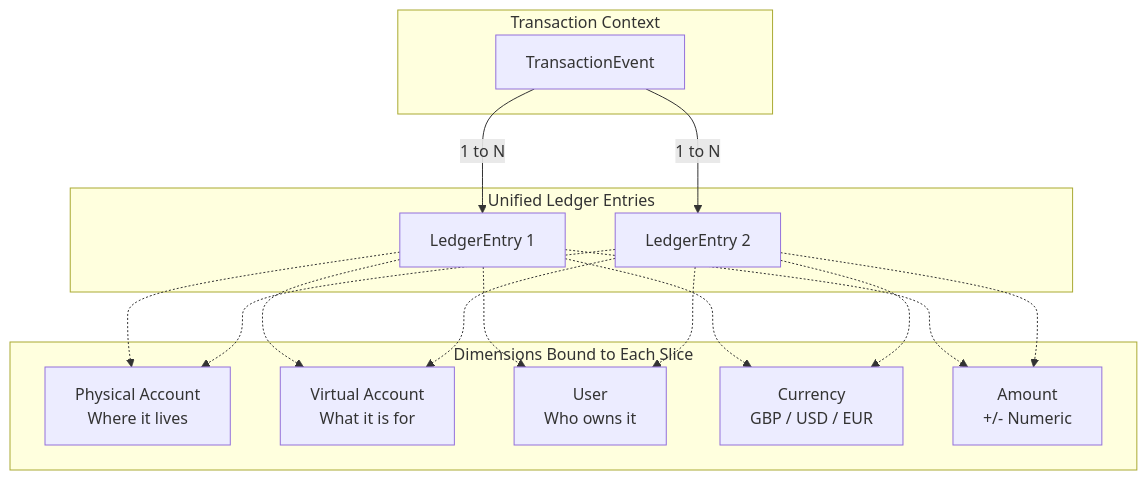
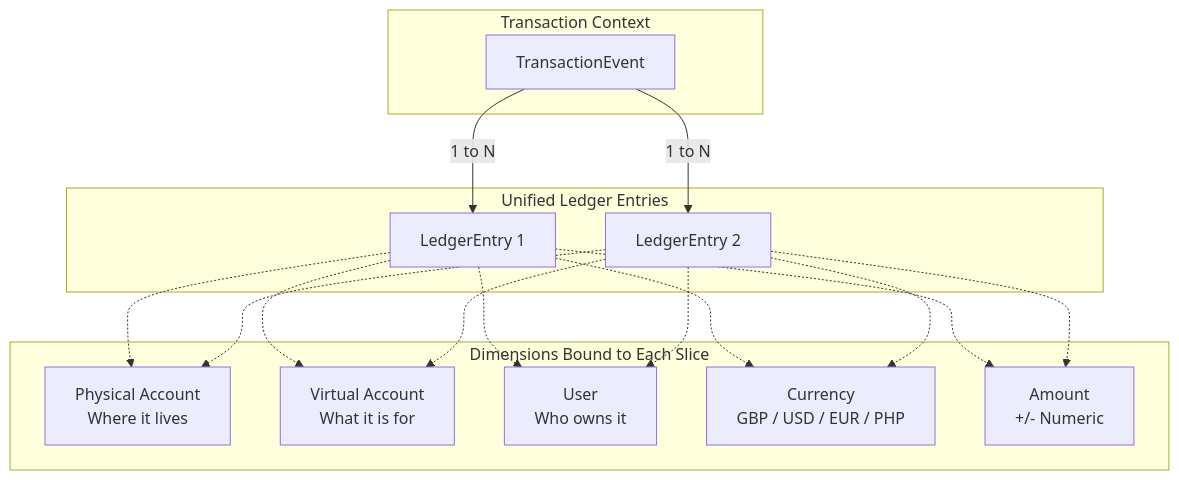
The diagram in docs/architecture/unified_ledger_schema.md (vylark/savings), drawn with Mermaid before and after one commit. The commit also changed 18 other files, not shown here.

First line of the commit message:
feat: Implement Physical Account management service and schemas

````diff
--- a/docs/architecture/unified_ledger_schema.md
+++ b/docs/architecture/unified_ledger_schema.md
@@ -23,32 +23,32 @@
 ```mermaid
 graph TD
     subgraph Transaction Context
         TE[TransactionEvent]
     end
     
     subgraph Unified Ledger Entries
         LE1[LedgerEntry 1]
         LE2[LedgerEntry 2]
     end
     
     subgraph Dimensions Bound to Each Slice
         PA["Physical Account<br/>Where it lives"]
         VA["Virtual Account<br/>What it is for"]
         U["User<br/>Who owns it"]
-        C["Currency<br/>GBP / USD / EUR"]
+        C["Currency<br/>GBP / USD / EUR / PHP"]
         AMT["Amount<br/>+/- Numeric"]
     end
 
     TE -->|1 to N| LE1
     TE -->|1 to N| LE2
     LE1 -.-> PA
     LE1 -.-> VA
     LE1 -.-> U
     LE1 -.-> C
     LE1 -.-> AMT
     LE2 -.-> PA
     LE2 -.-> VA
     LE2 -.-> U
     LE2 -.-> C
     LE2 -.-> AMT
 ```
````
